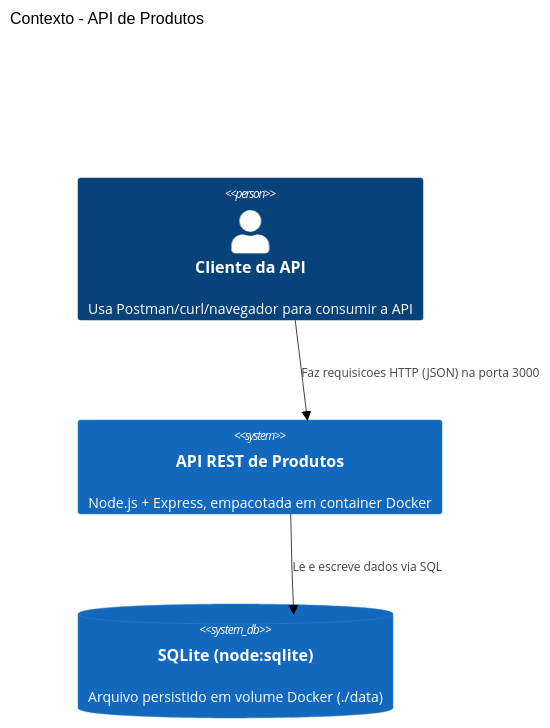
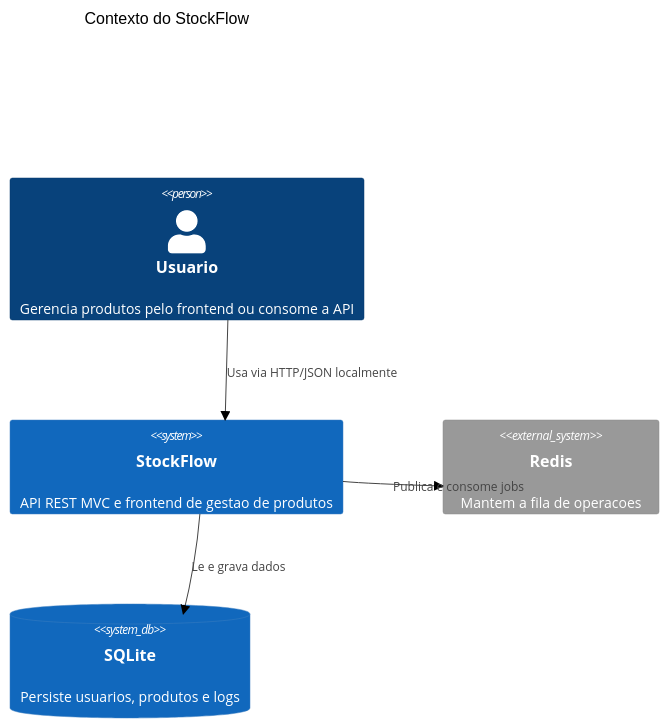
The first of 6 diagrams in docs/architecture.md (devmatheusramos/tcc-api-mvc), drawn with Mermaid (neutral theme) before and after one commit. The commit also changed other lines of this file and 8 other files, not shown here.

````diff
--- a/docs/architecture.md
+++ b/docs/architecture.md
@@ -10,11 +9,13 @@
 ```mermaid
 C4Context
-    title Contexto - API de Produtos
+    title Contexto do StockFlow
 
-    Person(cliente, "Cliente da API", "Usa Postman/curl/navegador para consumir a API")
-    System(api, "API REST de Produtos", "Node.js + Express, empacotada em container Docker")
-    SystemDb(db, "SQLite (node:sqlite)", "Arquivo persistido em volume Docker (./data)")
+    Person(usuario, "Usuario", "Gerencia produtos pelo frontend ou consome a API")
+    System(sistema, "StockFlow", "API REST MVC e frontend de gestao de produtos")
+    System_Ext(redis, "Redis", "Mantem a fila de operacoes")
+    SystemDb(sqlite, "SQLite", "Persiste usuarios, produtos e logs")
 
-    Rel(cliente, api, "Faz requisicoes HTTP (JSON) na porta 3000")
-    Rel(api, db, "Le e escreve dados via SQL")
+    Rel(usuario, sistema, "Usa via HTTP/JSON localmente")
+    Rel(sistema, redis, "Publica e consome jobs")
+    Rel(sistema, sqlite, "Le e grava dados")
 ```
````
